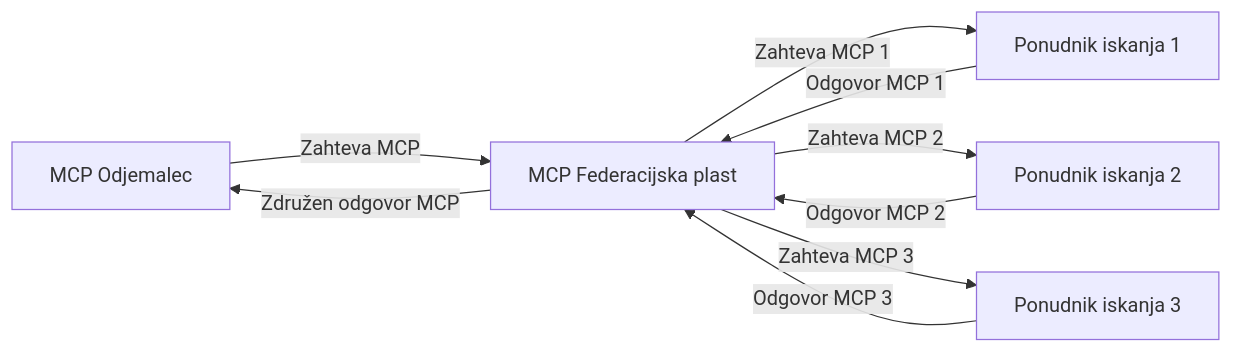
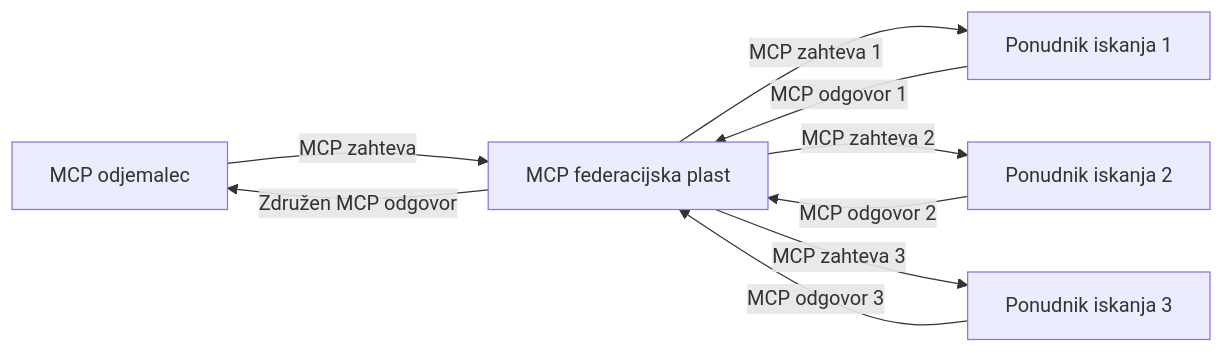
The third of 4 diagrams in translations/sl/05-AdvancedTopics/mcp-realtimesearch/README.md (microsoft/mcp-for-beginners), drawn with Mermaid before and after one commit. The commit also changed other lines of this file and 154 other files, not shown here.

````diff
--- a/translations/sl/05-AdvancedTopics/mcp-realtimesearch/README.md
+++ b/translations/sl/05-AdvancedTopics/mcp-realtimesearch/README.md
@@ -610,11 +613,11 @@
 ```mermaid
 graph LR
-    Client[MCP Odjemalec] --> |Zahteva MCP| Federation[MCP Federacijska plast]
-    Federation --> |Zahteva MCP 1| Search1[Ponudnik iskanja 1]
-    Federation --> |Zahteva MCP 2| Search2[Ponudnik iskanja 2]
-    Federation --> |Zahteva MCP 3| Search3[Ponudnik iskanja 3]
-    Search1 --> |Odgovor MCP 1| Federation
-    Search2 --> |Odgovor MCP 2| Federation
-    Search3 --> |Odgovor MCP 3| Federation
-    Federation --> |Združen odgovor MCP| Client
+    Client[MCP odjemalec] --> |MCP zahteva| Federation[MCP federacijska plast]
+    Federation --> |MCP zahteva 1| Search1[Ponudnik iskanja 1]
+    Federation --> |MCP zahteva 2| Search2[Ponudnik iskanja 2]
+    Federation --> |MCP zahteva 3| Search3[Ponudnik iskanja 3]
+    Search1 --> |MCP odgovor 1| Federation
+    Search2 --> |MCP odgovor 2| Federation
+    Search3 --> |MCP odgovor 3| Federation
+    Federation --> |Združen MCP odgovor| Client
 ```
````
